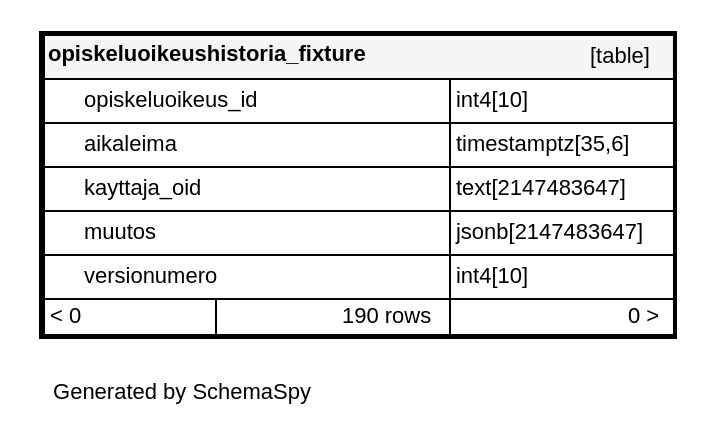
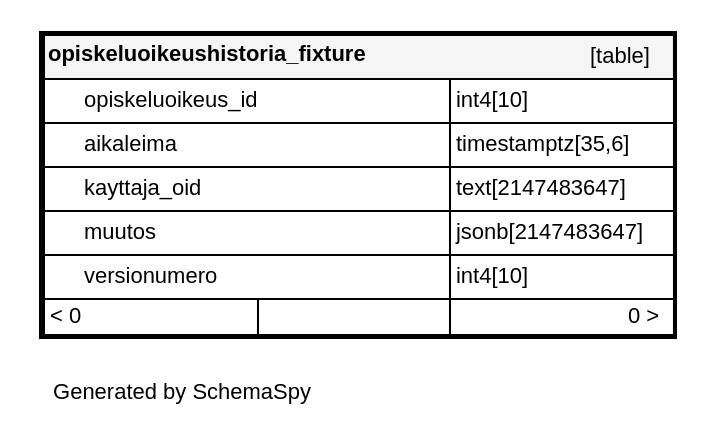
One commit to Opetushallitus/koski changed the diagram in documentation/tietokantaskeemat/koski/diagrams/tables/opiskeluoikeushistoria_fixture.1degree.dot. Above: the diagram before and after it, drawn with Graphviz. The commit also changed 111 other files, not shown here.

```diff
--- a/documentation/tietokantaskeemat/koski/diagrams/tables/opiskeluoikeushistoria_fixture.1degree.dot
+++ b/documentation/tietokantaskeemat/koski/diagrams/tables/opiskeluoikeushistoria_fixture.1degree.dot
@@ -1,18 +1,18 @@
 digraph "oneDegreeRelationshipsDiagram" {
   graph [    rankdir="RL"    bgcolor="#ffffff"    label="\nGenerated by SchemaSpy"    labeljust="l"    nodesep="0.18"    ranksep="0.46"    fontname="Helvetica"    fontsize="11"    ration="compress"  ];  node [    fontname="Helvetica"    fontsize="11"    shape="plaintext"  ];  edge [    arrowsize="0.8"  ];
   "opiskeluoikeushistoria_fixture" [
    label=<
     <TABLE BORDER="2" CELLBORDER="1" CELLSPACING="0" BGCOLOR="#ffffff">
       <TR><TD COLSPAN="4"  BGCOLOR="#f5f5f5"><TABLE BORDER="0" CELLSPACING="0"><TR><TD ALIGN="LEFT" FIXEDSIZE="TRUE" WIDTH="182" HEIGHT="16"><B>opiskeluoikeushistoria_fixture</B></TD><TD ALIGN="RIGHT">[table]</TD></TR></TABLE></TD></TR>
       <TR><TD PORT="opiskeluoikeus_id" COLSPAN="2" ALIGN="LEFT"><TABLE BORDER="0" CELLSPACING="0" ALIGN="LEFT"><TR ALIGN="LEFT"><TD ALIGN="LEFT" FIXEDSIZE="TRUE" WIDTH="15" HEIGHT="16"></TD><TD ALIGN="LEFT" FIXEDSIZE="TRUE" WIDTH="182" HEIGHT="16">opiskeluoikeus_id</TD></TR></TABLE></TD><TD PORT="opiskeluoikeus_id.type" ALIGN="LEFT">int4[10]</TD></TR>
       <TR><TD PORT="aikaleima" COLSPAN="2" ALIGN="LEFT"><TABLE BORDER="0" CELLSPACING="0" ALIGN="LEFT"><TR ALIGN="LEFT"><TD ALIGN="LEFT" FIXEDSIZE="TRUE" WIDTH="15" HEIGHT="16"></TD><TD ALIGN="LEFT" FIXEDSIZE="TRUE" WIDTH="182" HEIGHT="16">aikaleima</TD></TR></TABLE></TD><TD PORT="aikaleima.type" ALIGN="LEFT">timestamptz[35,6]</TD></TR>
       <TR><TD PORT="kayttaja_oid" COLSPAN="2" ALIGN="LEFT"><TABLE BORDER="0" CELLSPACING="0" ALIGN="LEFT"><TR ALIGN="LEFT"><TD ALIGN="LEFT" FIXEDSIZE="TRUE" WIDTH="15" HEIGHT="16"></TD><TD ALIGN="LEFT" FIXEDSIZE="TRUE" WIDTH="182" HEIGHT="16">kayttaja_oid</TD></TR></TABLE></TD><TD PORT="kayttaja_oid.type" ALIGN="LEFT">text[2147483647]</TD></TR>
       <TR><TD PORT="muutos" COLSPAN="2" ALIGN="LEFT"><TABLE BORDER="0" CELLSPACING="0" ALIGN="LEFT"><TR ALIGN="LEFT"><TD ALIGN="LEFT" FIXEDSIZE="TRUE" WIDTH="15" HEIGHT="16"></TD><TD ALIGN="LEFT" FIXEDSIZE="TRUE" WIDTH="182" HEIGHT="16">muutos</TD></TR></TABLE></TD><TD PORT="muutos.type" ALIGN="LEFT">jsonb[2147483647]</TD></TR>
       <TR><TD PORT="versionumero" COLSPAN="2" ALIGN="LEFT"><TABLE BORDER="0" CELLSPACING="0" ALIGN="LEFT"><TR ALIGN="LEFT"><TD ALIGN="LEFT" FIXEDSIZE="TRUE" WIDTH="15" HEIGHT="16"></TD><TD ALIGN="LEFT" FIXEDSIZE="TRUE" WIDTH="182" HEIGHT="16">versionumero</TD></TR></TABLE></TD><TD PORT="versionumero.type" ALIGN="LEFT">int4[10]</TD></TR>
-      <TR><TD ALIGN="LEFT" BGCOLOR="#ffffff">&lt; 0</TD><TD ALIGN="RIGHT" BGCOLOR="#ffffff">190 rows</TD><TD ALIGN="RIGHT" BGCOLOR="#ffffff">0 &gt;</TD></TR>
+      <TR><TD ALIGN="LEFT" BGCOLOR="#ffffff">&lt; 0</TD><TD ALIGN="RIGHT" BGCOLOR="#ffffff">  </TD><TD ALIGN="RIGHT" BGCOLOR="#ffffff">0 &gt;</TD></TR>
     </TABLE>>
     URL="../../tables/opiskeluoikeushistoria_fixture.html"
     target="_top"
     tooltip="opiskeluoikeushistoria_fixture"
   ];
 }
```
